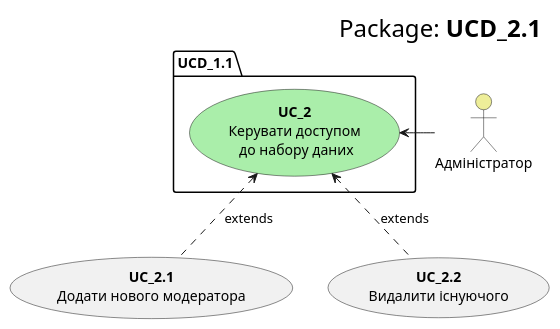
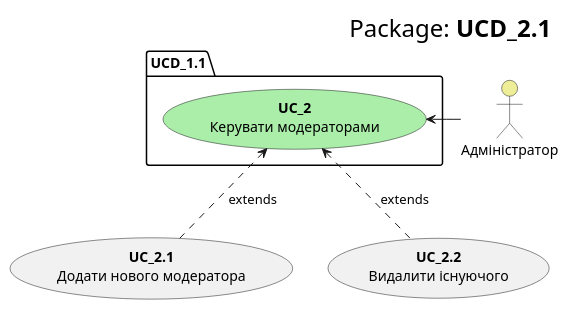
One commit to KarmazinN/db_open_data changed the diagram in src/uml/usecase21.puml. Above: the diagram before and after it, drawn with PlantUML.

```diff
--- a/src/uml/usecase21.puml
+++ b/src/uml/usecase21.puml
@@ -1,19 +1,19 @@
 @startuml
     right header
         <font size=24 color=black>Package:<b> UCD_2.1
     end header
 
     package UCD_1.1 {
-        usecase "<b>UC_2</b>\nКерувати доступом\n до набору даних" as UC_2 #aaeeaa
+        usecase "<b>UC_2</b>\nКерувати модераторами" as UC_2 #aaeeaa
     }
     
     actor "Адміністратор" as Admin #eeee99
     Admin -l-> UC_2
     
     usecase "<b>UC_2.1</b>\nДодати нового модератора" as UC_2.1
     usecase "<b>UC_2.2</b>\nВидалити існуючого" as UC_2.2
     
     UC_2.1 .u.> UC_2: extends
     UC_2.2 .u.> UC_2: extends
     
 @enduml
```
